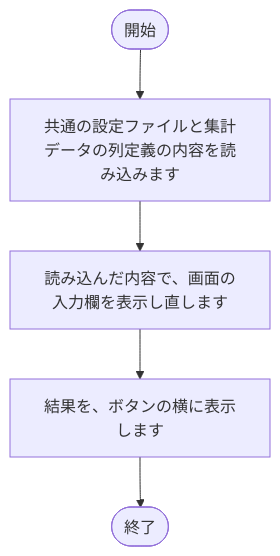
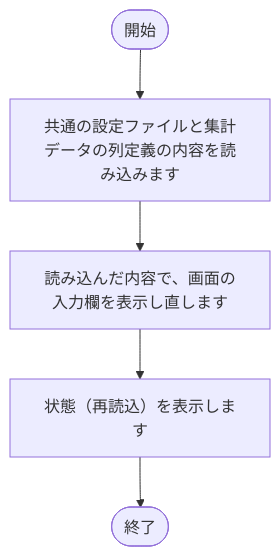
The ninth of 25 diagrams in tool/kintone-aggregator/doc/02_設計/処理フロー.md (nishida2073/project_management), drawn with Mermaid before and after one commit. The commit also changed other lines of this file and 11 other files, not shown here.

````diff
--- a/tool/kintone-aggregator/doc/02_設計/処理フロー.md
+++ b/tool/kintone-aggregator/doc/02_設計/処理フロー.md
@@ -265,12 +265,12 @@
 ```mermaid
 flowchart TD
     S(["開始"])
     E(["終了"])
     N1["共通の設定ファイルと集計データの列定義の内容を読み込みます"]
     S --> N1
     N2["読み込んだ内容で、画面の入力欄を表示し直します"]
     N1 --> N2
-    N3["結果を、ボタンの横に表示します"]
+    N3["状態（再読込）を表示します"]
     N2 --> N3
     N3 --> E
 ```
````
